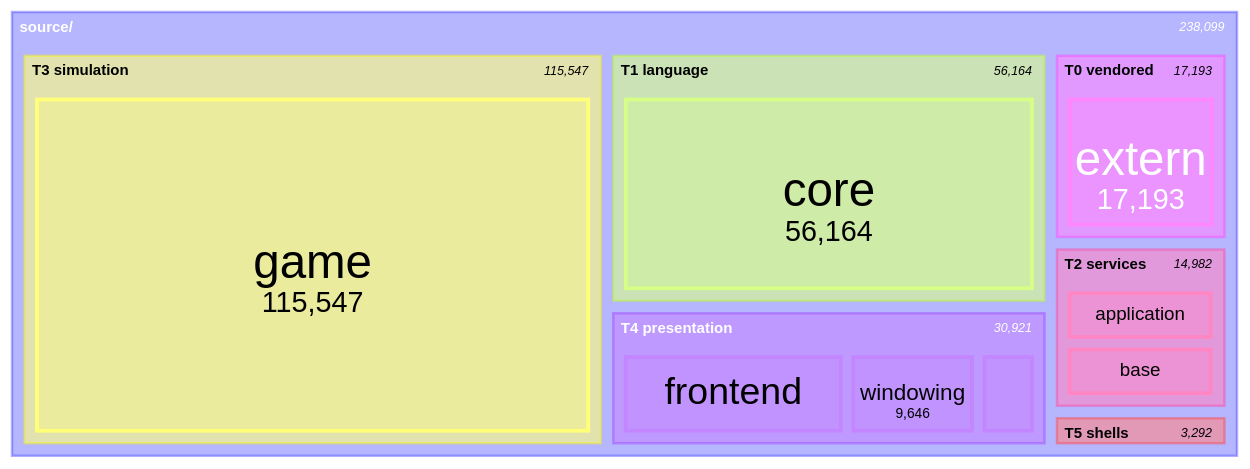
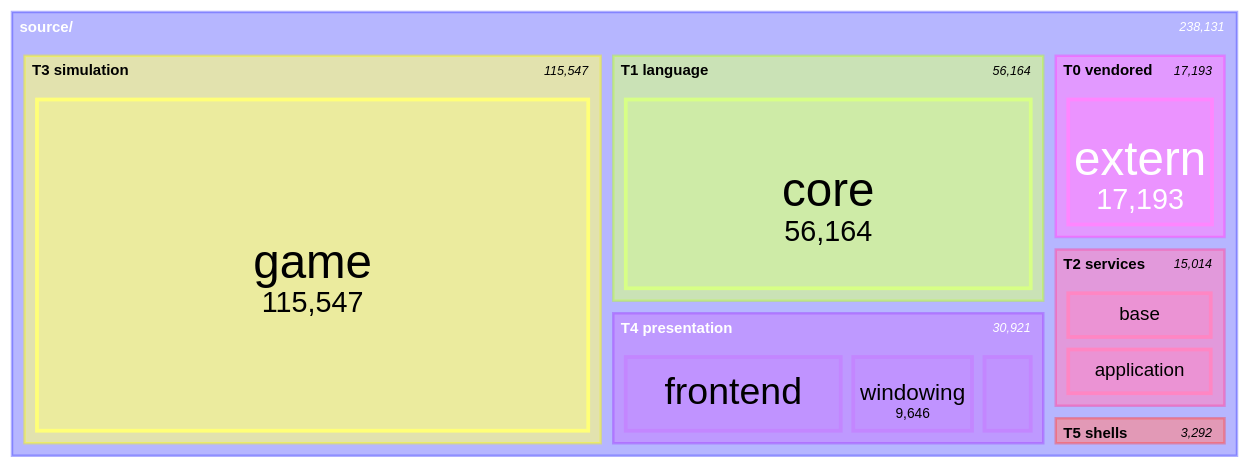
Before and after one commit to apnex/OpenStarbound: the seventh of 11 diagrams in docs/architecture/system-boundaries.md, drawn with Mermaid. The commit also changed other lines of this file and 9 other files, not shown here.

````diff
--- a/docs/architecture/system-boundaries.md
+++ b/docs/architecture/system-boundaries.md
@@ -577,21 +577,21 @@
 ```mermaid
 treemap-beta
 "source/"
     "T0 vendored"
         "extern": 17193
     "T1 language"
         "core": 56164
     "T2 services"
+        "base": 7449
         "application": 7423
-        "base": 7417
         "platform": 142
     "T3 simulation"
         "game": 115547
     "T4 presentation"
         "frontend": 16861
         "windowing": 9646
         "rendering": 4414
     "T5 shells"
         "client": 2509
         "server": 783
 ```
````
